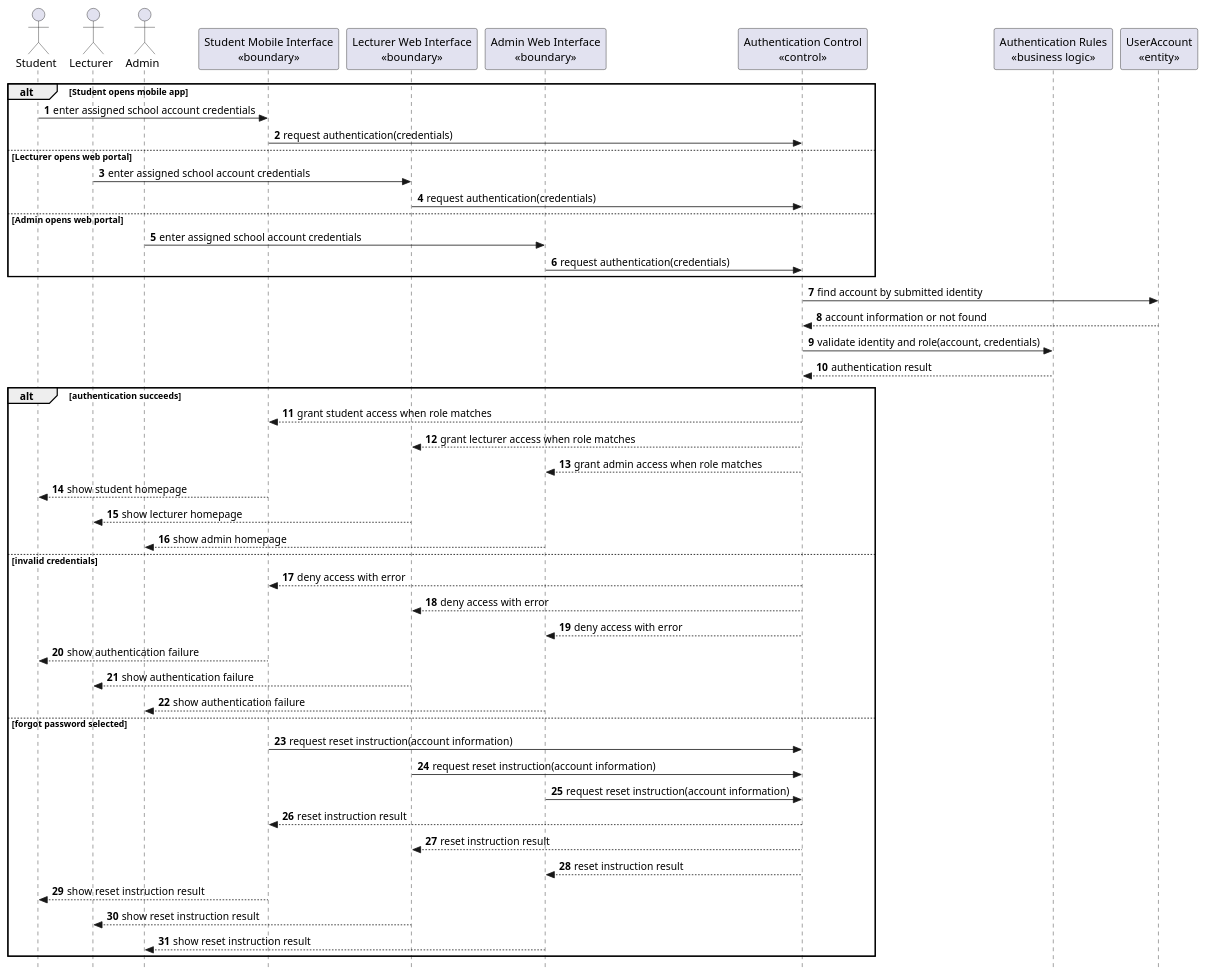
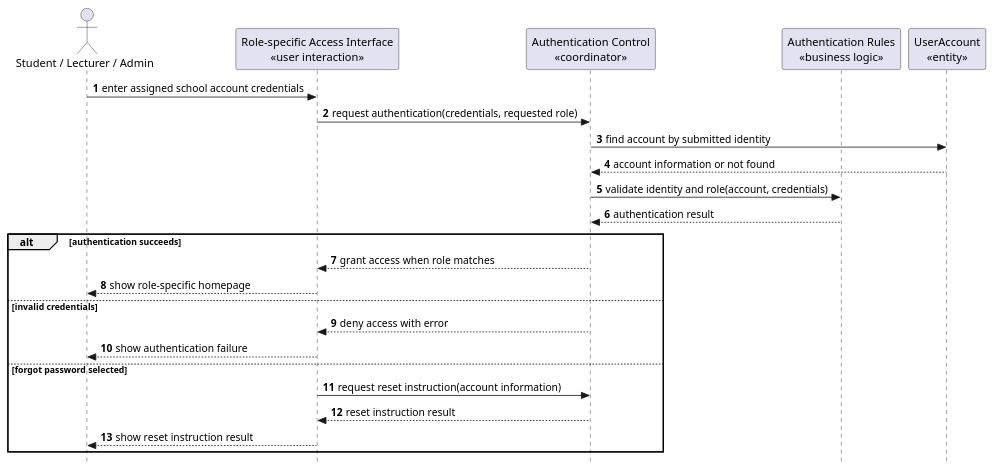
One commit to nttung42/SWD392 changed the seventh of 29 diagrams in docs/sds/2_Analysis.md. Above: the diagram before and after it, drawn with PlantUML. The commit also changed other lines of this file and 1 other file, not shown here.

````diff
--- a/docs/sds/2_Analysis.md
+++ b/docs/sds/2_Analysis.md
@@ -287,57 +362,31 @@
 ```plantuml
 @startuml
 skinparam style strictuml
 autonumber
-actor "Student" as Student
-actor "Lecturer" as Lecturer
-actor "Admin" as Admin
-participant "Student Mobile Interface\n«boundary»" as StudentUI
-participant "Lecturer Web Interface\n«boundary»" as LecturerUI
-participant "Admin Web Interface\n«boundary»" as AdminUI
-participant "Authentication Control\n«control»" as AuthControl
+actor "Student / Lecturer / Admin" as User
+participant "Role-specific Access Interface\n«user interaction»" as AccessUI
+participant "Authentication Control\n«coordinator»" as AuthControl
 participant "Authentication Rules\n«business logic»" as AuthRules
 participant "UserAccount\n«entity»" as UserAccount
 
-alt Student opens mobile app
-  Student -> StudentUI : enter assigned school account credentials
-  StudentUI -> AuthControl : request authentication(credentials)
-else Lecturer opens web portal
-  Lecturer -> LecturerUI : enter assigned school account credentials
-  LecturerUI -> AuthControl : request authentication(credentials)
-else Admin opens web portal
-  Admin -> AdminUI : enter assigned school account credentials
-  AdminUI -> AuthControl : request authentication(credentials)
-end
+User -> AccessUI : enter assigned school account credentials
+AccessUI -> AuthControl : request authentication(credentials, requested role)
 
 AuthControl -> UserAccount : find account by submitted identity
 UserAccount --> AuthControl : account information or not found
 AuthControl -> AuthRules : validate identity and role(account, credentials)
 AuthRules --> AuthControl : authentication result
 
 alt authentication succeeds
-  AuthControl --> StudentUI : grant student access when role matches
-  AuthControl --> LecturerUI : grant lecturer access when role matches
-  AuthControl --> AdminUI : grant admin access when role matches
-  StudentUI --> Student : show student homepage
-  LecturerUI --> Lecturer : show lecturer homepage
-  AdminUI --> Admin : show admin homepage
+  AuthControl --> AccessUI : grant access when role matches
+  AccessUI --> User : show role-specific homepage
 else invalid credentials
-  AuthControl --> StudentUI : deny access with error
-  AuthControl --> LecturerUI : deny access with error
-  AuthControl --> AdminUI : deny access with error
-  StudentUI --> Student : show authentication failure
-  LecturerUI --> Lecturer : show authentication failure
-  AdminUI --> Admin : show authentication failure
+  AuthControl --> AccessUI : deny access with error
+  AccessUI --> User : show authentication failure
 else forgot password selected
-  StudentUI -> AuthControl : request reset instruction(account information)
-  LecturerUI -> AuthControl : request reset instruction(account information)
-  AdminUI -> AuthControl : request reset instruction(account information)
-  AuthControl --> StudentUI : reset instruction result
-  AuthControl --> LecturerUI : reset instruction result
-  AuthControl --> AdminUI : reset instruction result
-  StudentUI --> Student : show reset instruction result
-  LecturerUI --> Lecturer : show reset instruction result
-  AdminUI --> Admin : show reset instruction result
+  AccessUI -> AuthControl : request reset instruction(account information)
+  AuthControl --> AccessUI : reset instruction result
+  AccessUI --> User : show reset instruction result
 end
 @enduml
 ```
````
